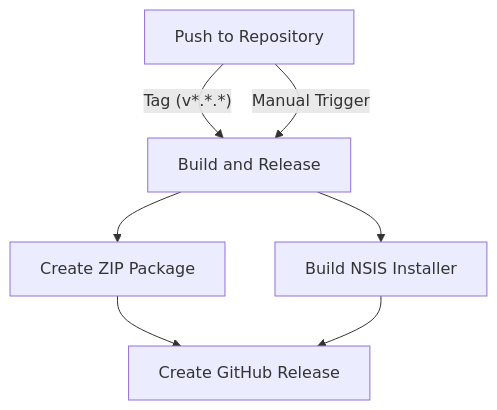
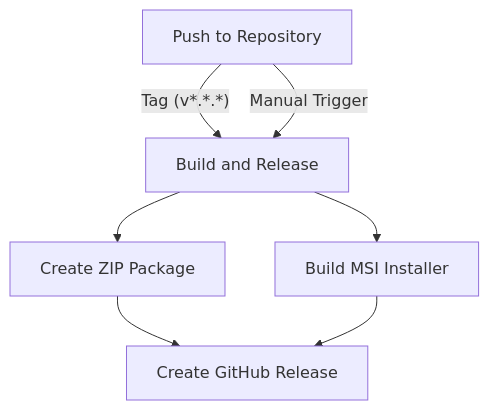
The diagram in README.md (LoveDoLove/EasyKit), drawn with Mermaid before and after one commit. The commit also changed other lines of this file and 26 other files, not shown here.

````diff
--- a/README.md
+++ b/README.md
@@ -173,11 +167,11 @@
 ```mermaid
 flowchart TD
     A[Push to Repository] -->|"Tag (v*.*.*)"|B[Build and Release]
     A -->|"Manual Trigger"|B
     
     B --> C1[Create ZIP Package]
-    B --> C2[Build NSIS Installer]
+    B --> C2[Build MSI Installer]
     
     C1 --> D[Create GitHub Release]
     C2 --> D
 ```
````
